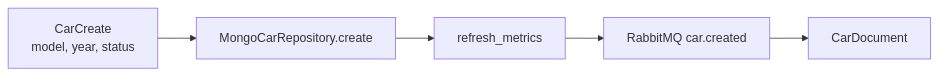
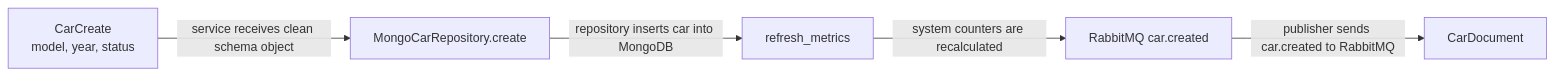
Before and after one commit to YonatanMoshes/Rental: the fourth of 15 diagrams in README.md, drawn with Mermaid. The commit also changed other lines of this file, not shown here.

Commit message:
Clarify README diagrams and layer explanations

````diff
--- a/README.md
+++ b/README.md
@@ -504,13 +262,13 @@
 ```mermaid
 flowchart LR
     Input["CarCreate<br/>model, year, status"]
     Repo["MongoCarRepository.create"]
     Metrics["refresh_metrics"]
     Event["RabbitMQ car.created"]
     Output["CarDocument"]
 
-    Input --> Repo
-    Repo --> Metrics
-    Metrics --> Event
-    Event --> Output
+    Input -->|"service receives clean schema object"| Repo
+    Repo -->|"repository inserts car into MongoDB"| Metrics
+    Metrics -->|"system counters are recalculated"| Event
+    Event -->|"publisher sends car.created to RabbitMQ"| Output
 ```
````
